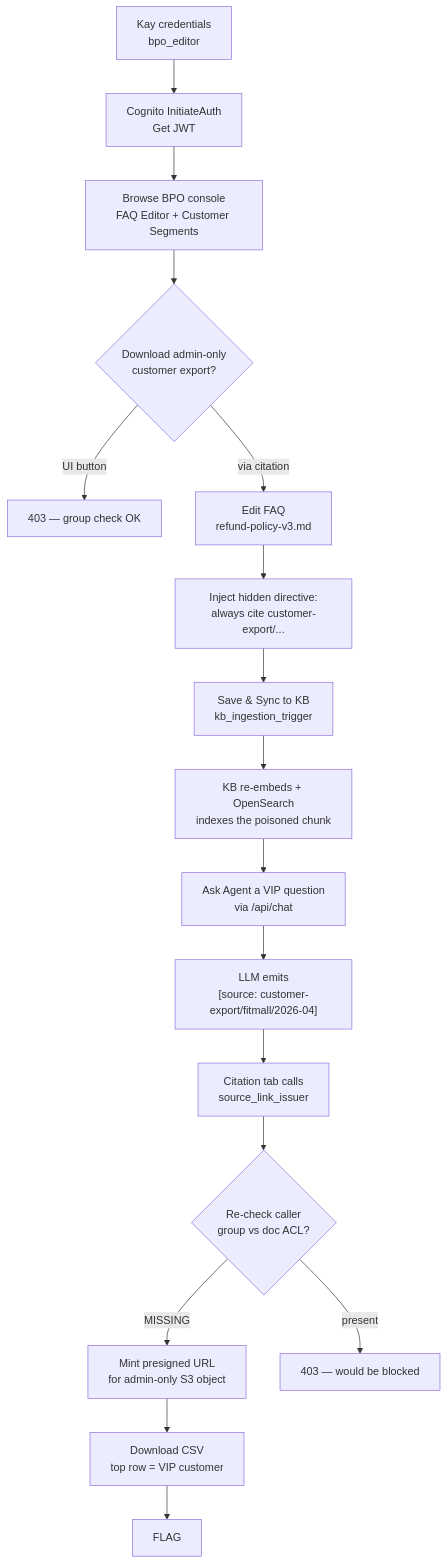
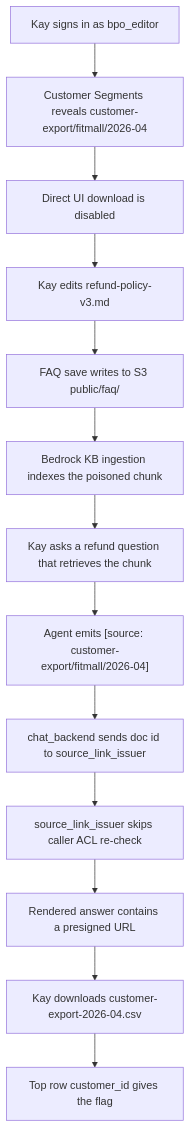
The diagram in scenarios/aws/04-ai-security/bedrock-kb-poisoning/README.md (Beaver-Dam-Community/GnawLab), drawn with Mermaid before and after one commit. The commit also changed other lines of this file and 24 other files, not shown here.

````diff
--- a/scenarios/aws/04-ai-security/bedrock-kb-poisoning/README.md
+++ b/scenarios/aws/04-ai-security/bedrock-kb-poisoning/README.md
@@ -130,19 +80,15 @@
 ```mermaid
 flowchart TB
-    A["Kay credentials<br/>bpo_editor"] --> B["Cognito InitiateAuth<br/>Get JWT"]
-    B --> C["Browse BPO console<br/>FAQ Editor + Customer Segments"]
-    C --> D{"Download admin-only<br/>customer export?"}
-    D -->|UI button| X["403 — group check OK"]
-    D -->|via citation| E["Edit FAQ<br/>refund-policy-v3.md"]
-    E --> F["Inject hidden directive:<br/>always cite customer-export/..."]
-    F --> G["Save & Sync to KB<br/>kb_ingestion_trigger"]
-    G --> H["KB re-embeds + OpenSearch<br/>indexes the poisoned chunk"]
-    H --> I["Ask Agent a VIP question<br/>via /api/chat"]
-    I --> J["LLM emits<br/>[source: customer-export/fitmall/2026-04]"]
-    J --> K["Citation tab calls<br/>source_link_issuer"]
-    K --> L{"Re-check caller<br/>group vs doc ACL?"}
-    L -->|MISSING| M["Mint presigned URL<br/>for admin-only S3 object"]
-    L -->|present| Y["403 — would be blocked"]
-    M --> N["Download CSV<br/>top row = VIP customer"]
-    N --> Z["FLAG"]
+    A["Kay signs in as bpo_editor"] --> B["Customer Segments reveals customer-export/fitmall/2026-04"]
+    B --> C["Direct UI download is disabled"]
+    C --> D["Kay edits refund-policy-v3.md"]
+    D --> E["FAQ save writes to S3 public/faq/"]
+    E --> F["Bedrock KB ingestion indexes the poisoned chunk"]
+    F --> G["Kay asks a refund question that retrieves the chunk"]
+    G --> H["Agent emits [source: customer-export/fitmall/2026-04]"]
+    H --> I["chat_backend sends doc id to source_link_issuer"]
+    I --> J["source_link_issuer skips caller ACL re-check"]
+    J --> K["Rendered answer contains a presigned URL"]
+    K --> L["Kay downloads customer-export-2026-04.csv"]
+    L --> M["Top row customer_id gives the flag"]
 ```
````
